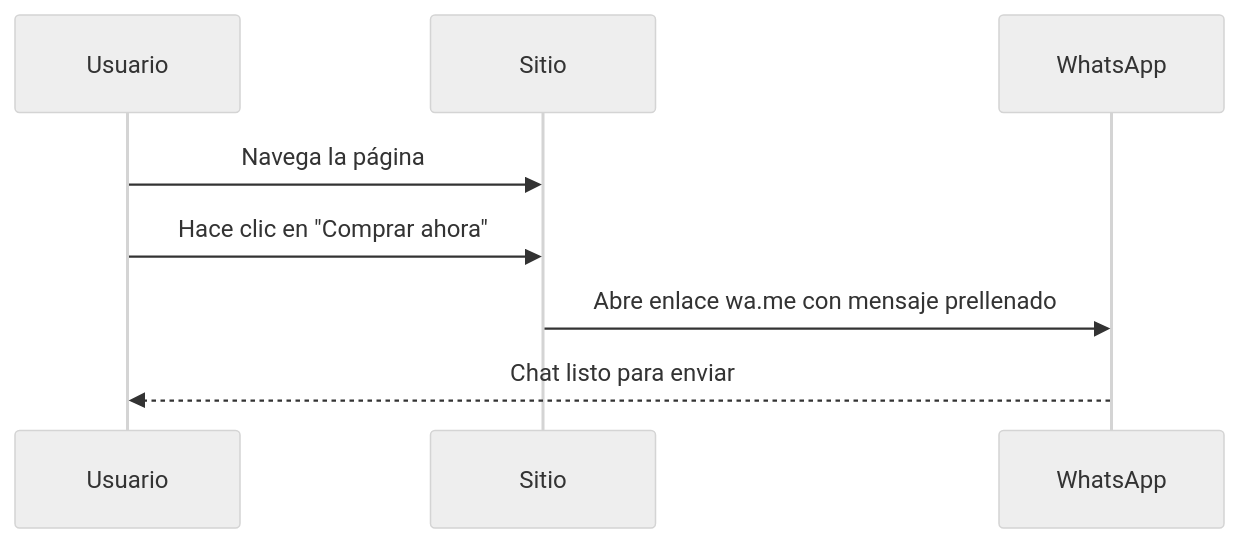
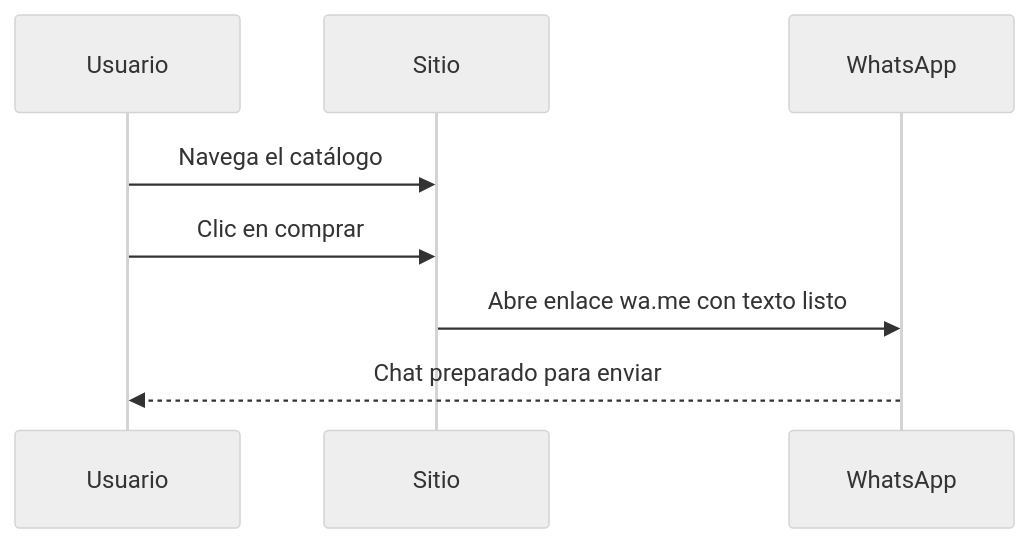
One commit to Alessander9/kironuevo changed the second of 4 diagrams in README.md. Above: the diagram before and after it, drawn with Mermaid (neutral theme). The commit also changed other lines of this file and 166 other files, not shown here.

````diff
--- a/README.md
+++ b/README.md
@@ -219,11 +75,11 @@
 ```mermaid
 sequenceDiagram
   participant U as Usuario
   participant S as Sitio
   participant W as WhatsApp
 
-  U->>S: Navega la página
-  U->>S: Hace clic en "Comprar ahora"
-  S->>W: Abre enlace wa.me con mensaje prellenado
-  W-->>U: Chat listo para enviar
+  U->>S: Navega el catálogo
+  U->>S: Clic en comprar
+  S->>W: Abre enlace wa.me con texto listo
+  W-->>U: Chat preparado para enviar
 ```
````
